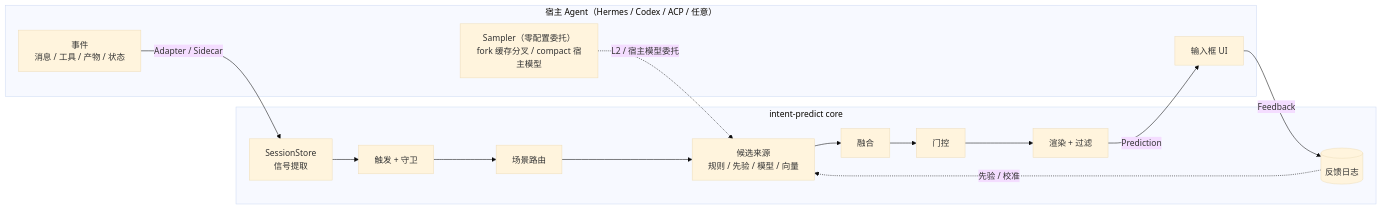
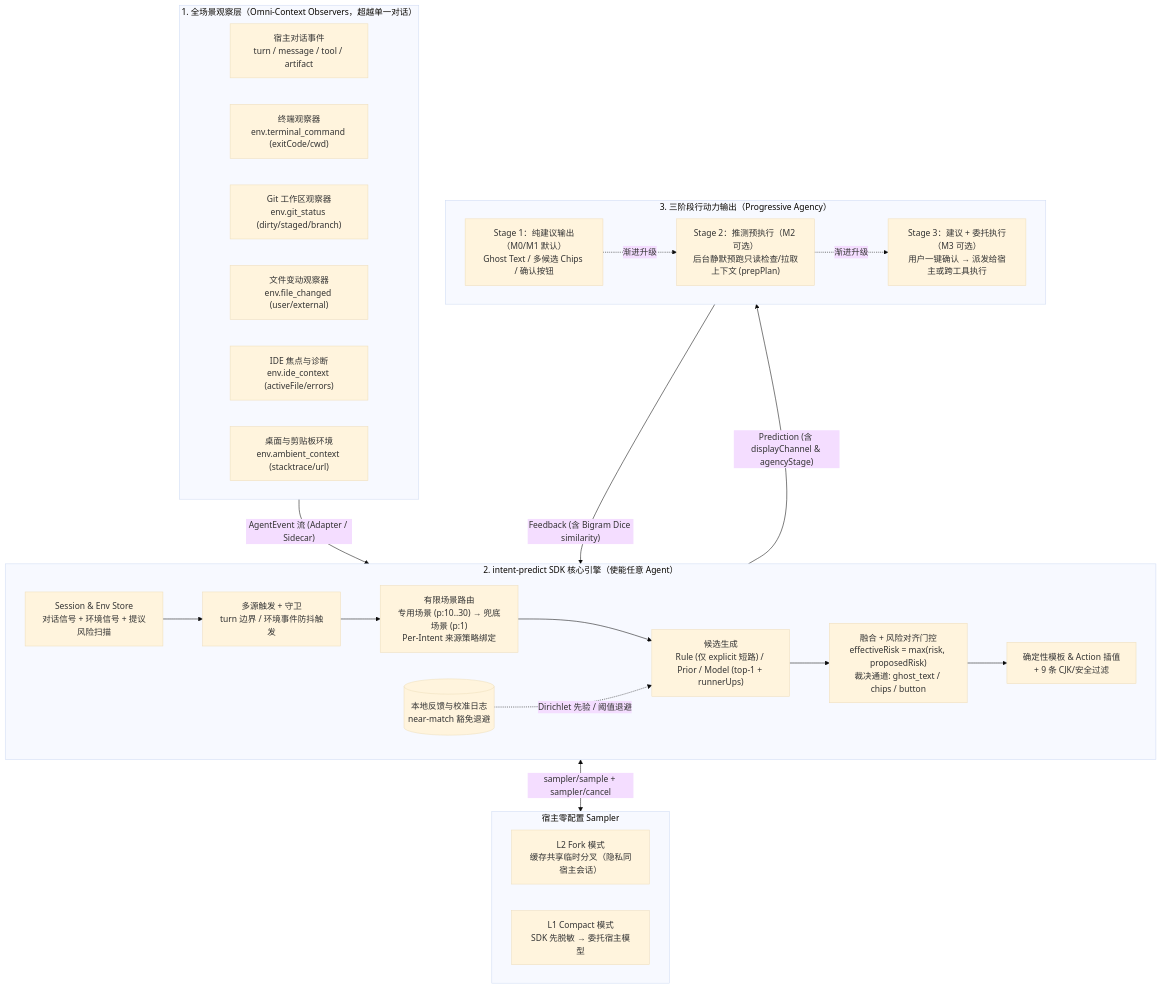
The first of 3 diagrams in docs/design.md (susyimes/intent-predict), drawn with Mermaid (base theme) before and after one commit. The commit also changed other lines of this file and 6 other files, not shown here.

First line of the commit message:
docs(spec): upgrade to v0.3 omni-context Intent Predict Agent & resolve P0-P2 review issues

````diff
--- a/docs/design.md
+++ b/docs/design.md
@@ -124,23 +126,43 @@
 ```mermaid
-flowchart LR
-  subgraph Host["宿主 Agent（Hermes / Codex / ACP / 任意）"]
-    E["事件<br/>消息 / 工具 / 产物 / 状态"]
-    S["Sampler（零配置委托）<br/>fork 缓存分叉 / compact 宿主模型"]
-    U["输入框 UI"]
+flowchart TB
+  subgraph Observers["1. 全场景观察层（Omni-Context Observers，超越单一对话）"]
+    direction LR
+    O_CHAT["宿主对话事件<br/>turn / message / tool / artifact"]
+    O_TERM["终端观察器<br/>env.terminal_command (exitCode/cwd)"]
+    O_GIT["Git 工作区观察器<br/>env.git_status (dirty/staged/branch)"]
+    O_FS["文件变动观察器<br/>env.file_changed (user/external)"]
+    O_IDE["IDE 焦点与诊断<br/>env.ide_context (activeFile/errors)"]
+    O_AMB["桌面与剪贴板环境<br/>env.ambient_context (stacktrace/url)"]
   end
-  subgraph SDK["intent-predict core"]
-    ST["SessionStore<br/>信号提取"]
-    TG["触发 + 守卫"]
-    SR["场景路由"]
-    CS["候选来源<br/>规则 / 先验 / 模型 / 向量"]
-    FU["融合"]
-    GT["门控"]
-    RD["渲染 + 过滤"]
-    FB[("反馈日志")]
+
+  subgraph Core["2. intent-predict SDK 核心引擎（使能任意 Agent）"]
+    direction LR
+    ST["Session & Env Store<br/>对话信号 + 环境信号 + 提议风险扫描"]
+    TG["多源触发 + 守卫<br/>turn 边界 / 环境事件防抖触发"]
+    SR["有限场景路由<br/>专用场景 (p:10..30) → 兜底场景 (p:1)<br/>Per-Intent 来源策略绑定"]
+    CS["候选生成<br/>Rule (仅 explicit 短路) / Prior / Model (top-1 + runnerUps)"]
+    FU["融合 + 风险对齐门控<br/>effectiveRisk = max(risk, proposedRisk)<br/>裁决通道: ghost_text / chips / button"]
+    RD["确定性模板 & Action 插值<br/>+ 9 条 CJK/安全过滤"]
+    FB[("本地反馈与校准日志<br/>near-match 豁免退避")]
+    ST --> TG --> SR --> CS --> FU --> RD
+    FB -.->|"Dirichlet 先验 / 阈值退避"| CS
   end
-  E -->|"Adapter / Sidecar"| ST --> TG --> SR --> CS --> FU --> GT --> RD
-  S -.->|"L2 / 宿主模型委托"| CS
-  RD -->|"Prediction"| U
-  U -->|"Feedback"| FB
-  FB -.->|"先验 / 校准"| CS
+
+  subgraph HostModel["宿主零配置 Sampler"]
+    S_FORK["L2 Fork 模式<br/>缓存共享临时分叉（隐私同宿主会话）"]
+    S_COMP["L1 Compact 模式<br/>SDK 先脱敏 → 委托宿主模型"]
+  end
+
+  subgraph Agency["3. 三阶段行动力输出（Progressive Agency）"]
+    direction LR
+    A1["Stage 1：纯建议输出（M0/M1 默认）<br/>Ghost Text / 多候选 Chips / 确认按钮"]
+    A2["Stage 2：推测预执行（M2 可选）<br/>后台静默预跑只读检查/拉取上下文 (prepPlan)"]
+    A3["Stage 3：建议 + 委托执行（M3 可选）<br/>用户一键确认 → 派发给宿主或跨工具执行"]
+    A1 -.->|"渐进升级"| A2 -.->|"渐进升级"| A3
+  end
+
+  Observers -->|"AgentEvent 流 (Adapter / Sidecar)"| ST
+  CS <-->|"sampler/sample + sampler/cancel"| HostModel
+  RD -->|"Prediction (含 displayChannel & agencyStage)"| Agency
+  Agency -->|"Feedback (含 Bigram Dice similarity)"| FB
 ```
````
